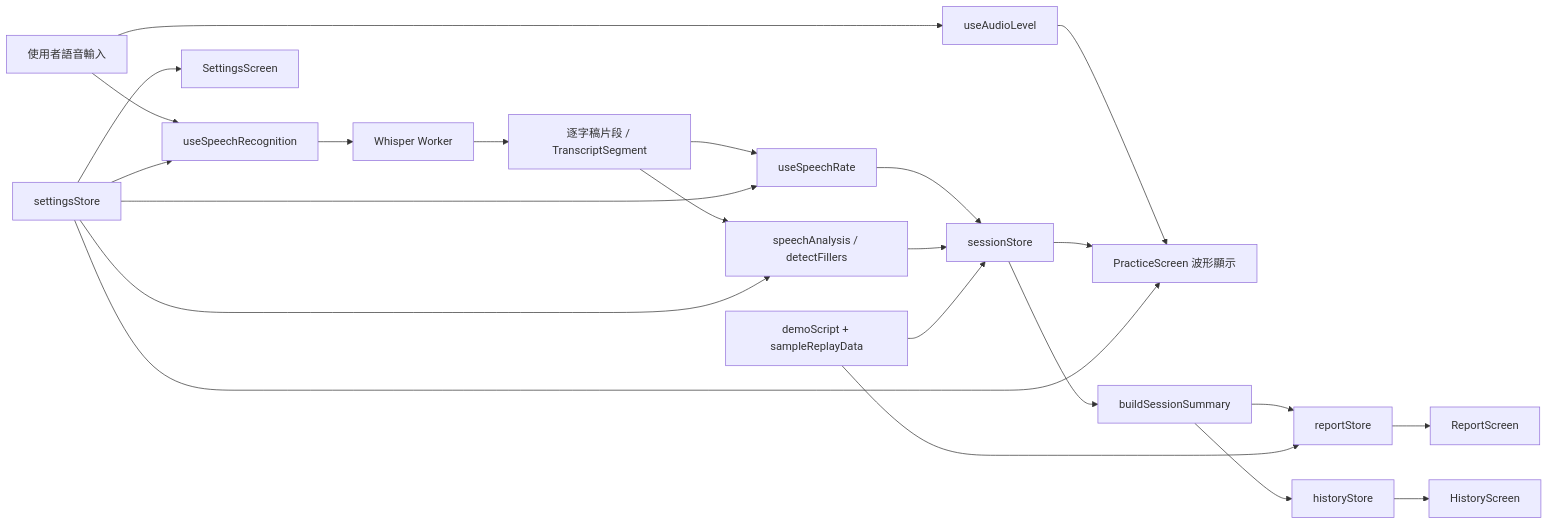
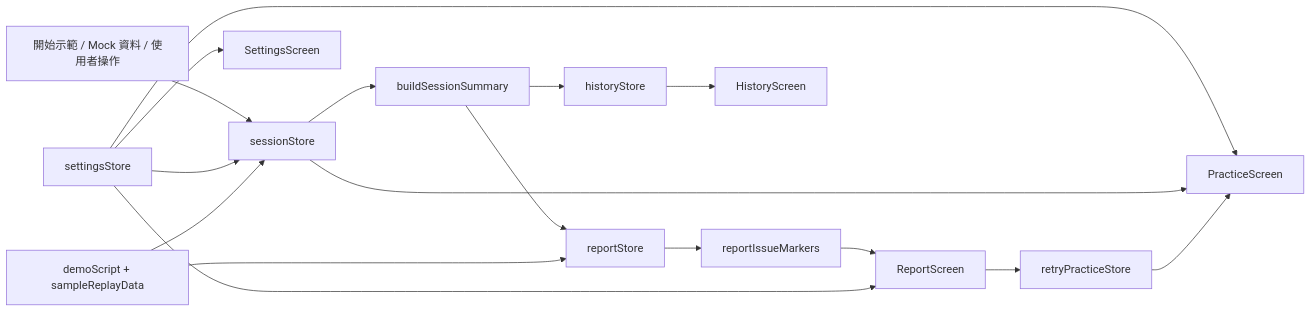
The diagram in README.md (swiftruru/SpeakCoach-TalkFit), drawn with Mermaid before and after one commit. The commit also changed other lines of this file and 10 other files, not shown here.

Commit message:
Refine prototype practice flow and refresh README

````diff
--- a/README.md
+++ b/README.md
@@ -94,31 +98,23 @@
 ```mermaid
 flowchart LR
-    A[使用者語音輸入] --> B[useSpeechRecognition]
-    B --> C[Whisper Worker]
-    C --> D[逐字稿片段 / TranscriptSegment]
+    A[開始示範 / Mock 資料 / 使用者操作] --> B[sessionStore]
+    C[settingsStore] --> B
+    C --> D[PracticeScreen]
+    B --> D
 
-    A --> E[useAudioLevel]
-    D --> F[useSpeechRate]
-    D --> G[speechAnalysis / detectFillers]
+    B --> E[buildSessionSummary]
+    E --> F[reportStore]
+    E --> G[historyStore]
 
-    F --> H[sessionStore]
-    G --> H
-    E --> I[PracticeScreen 波形顯示]
-    H --> I
+    F --> H[reportIssueMarkers]
+    H --> I[ReportScreen]
+    C --> I
 
-    H --> J[buildSessionSummary]
-    J --> K[reportStore]
-    J --> L[historyStore]
+    I --> J[retryPracticeStore]
+    J --> D
 
-    M[settingsStore] --> B
-    M --> F
-    M --> G
-    M --> I
-
-    N[demoScript + sampleReplayData] --> H
-    N --> K
-
-    K --> O[ReportScreen]
-    L --> P[HistoryScreen]
-    M --> Q[SettingsScreen]
+    K[demoScript + sampleReplayData] --> B
+    K --> F
+    G --> L[HistoryScreen]
+    C --> M[SettingsScreen]
 ```
````
